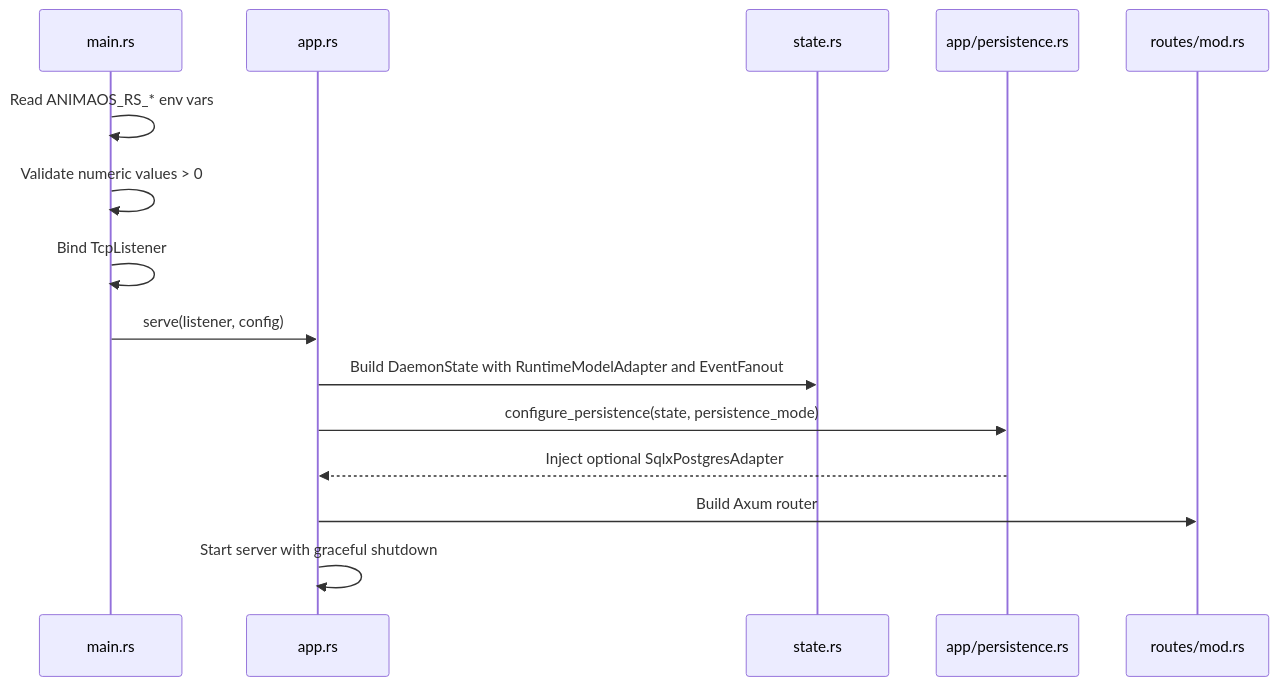
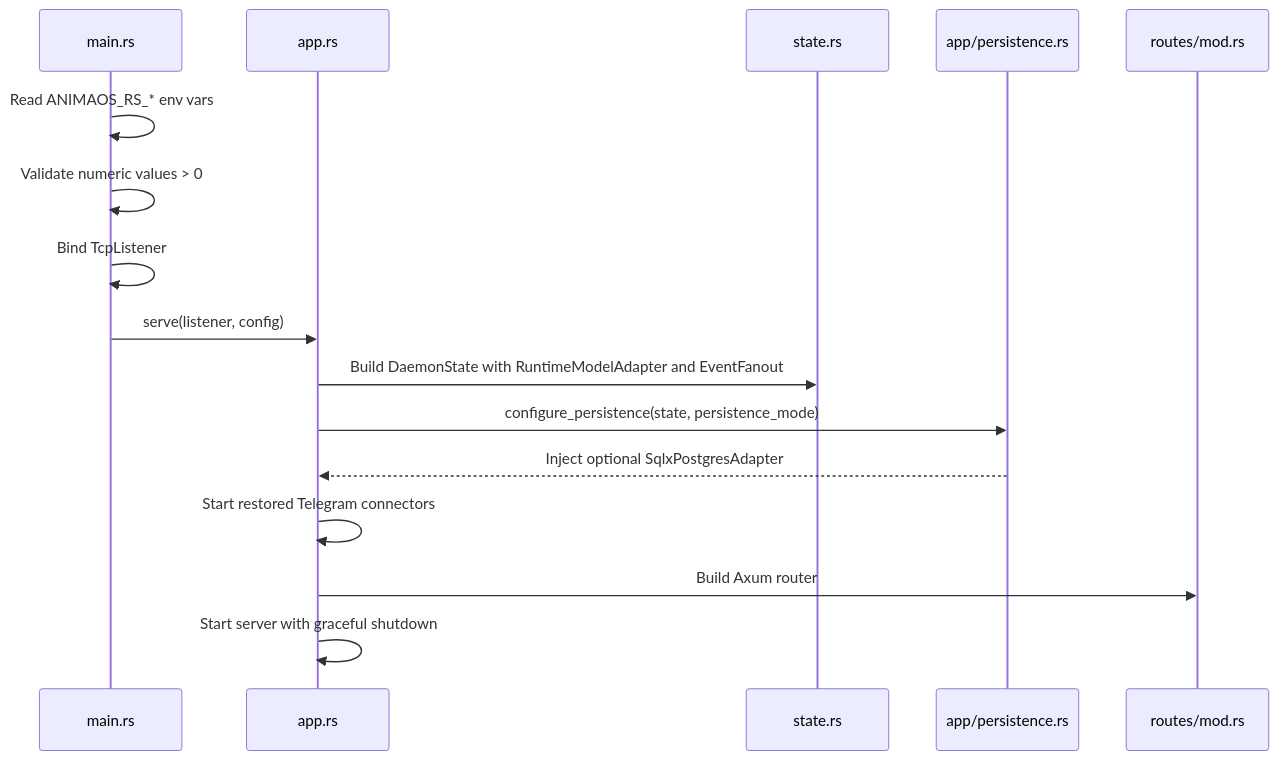
One commit to G9000/animaOS-SWARM changed the second of 3 diagrams in docs/rust-daemon-architecture.md. Above: the diagram before and after it, drawn with Mermaid. The commit also changed other lines of this file and 10 other files, not shown here.

````diff
--- a/docs/rust-daemon-architecture.md
+++ b/docs/rust-daemon-architecture.md
@@ -87,18 +93,19 @@
 ```mermaid
 sequenceDiagram
     participant M as main.rs
     participant A as app.rs
     participant S as state.rs
     participant P as app/persistence.rs
     participant R as routes/mod.rs
 
     M->>M: Read ANIMAOS_RS_* env vars
     M->>M: Validate numeric values > 0
     M->>M: Bind TcpListener
     M->>A: serve(listener, config)
     A->>S: Build DaemonState with RuntimeModelAdapter and EventFanout
     A->>P: configure_persistence(state, persistence_mode)
     P-->>A: Inject optional SqlxPostgresAdapter
+    A->>A: Start restored Telegram connectors
     A->>R: Build Axum router
     A->>A: Start server with graceful shutdown
 ```
````
